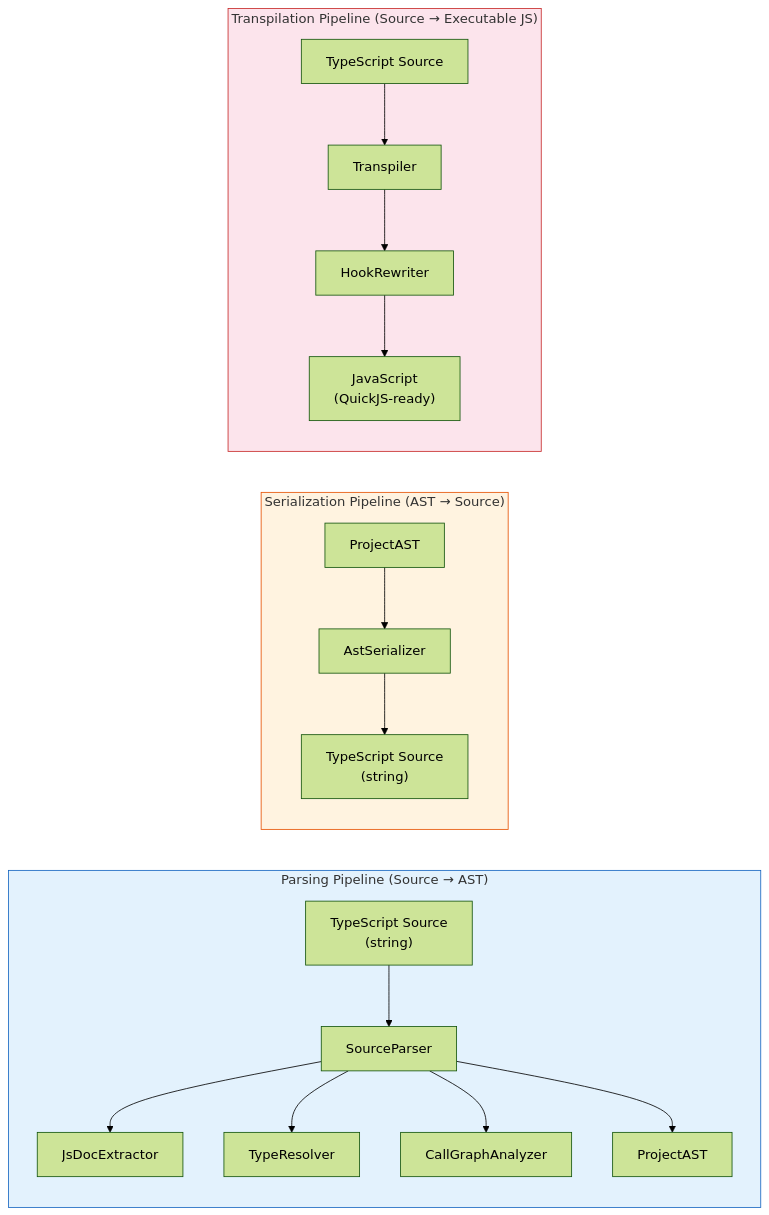
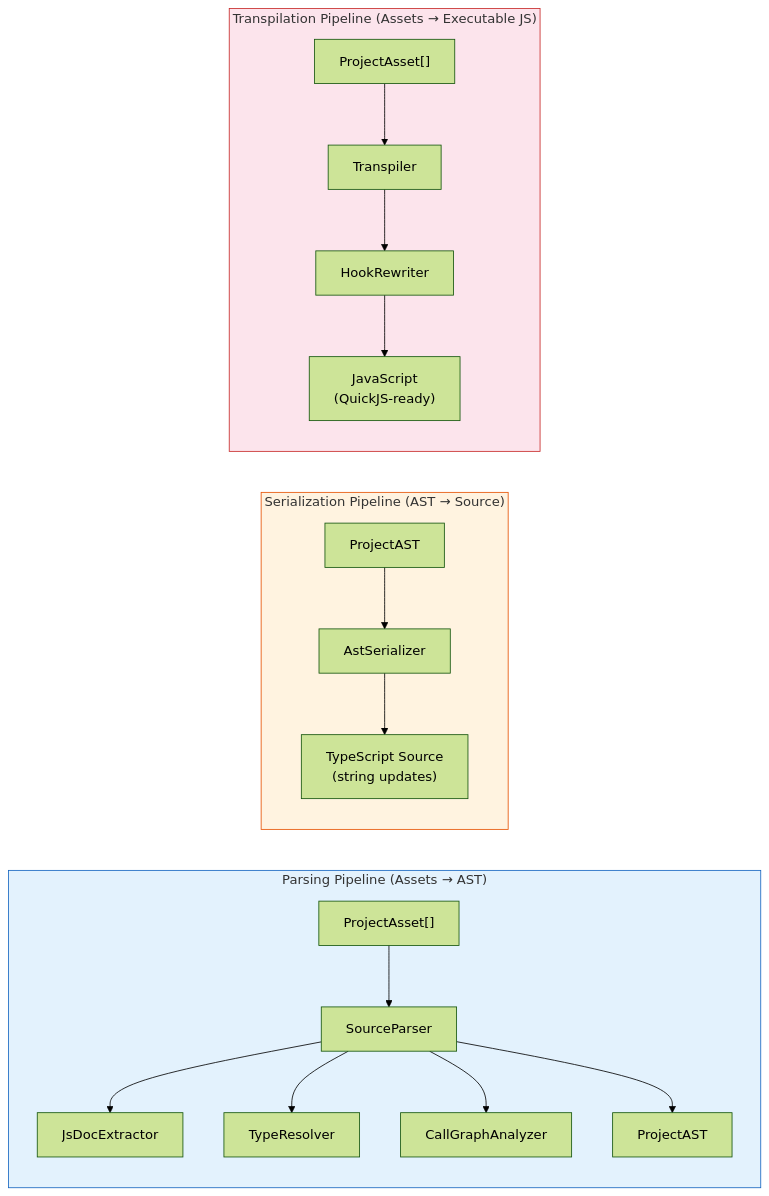
One commit to rimvydasb/open-modeler-ts changed the third of 5 diagrams in docs/03-AST-PARSING.md. Above: the diagram before and after it, drawn with Mermaid (forest theme). The commit also changed other lines of this file and 2 other files, not shown here.

Commit message:
refactor architecture documentation: update parsing and transpilation functions to handle ProjectAsset arrays and clarify multi-file project limitations

````diff
--- a/docs/03-AST-PARSING.md
+++ b/docs/03-AST-PARSING.md
@@ -704,39 +707,39 @@
 ```mermaid
 graph LR
-    subgraph ParsingPipeline["Parsing Pipeline (Source → AST)"]
+    subgraph ParsingPipeline["Parsing Pipeline (Assets → AST)"]
         direction TB
-        SRC["TypeScript Source<br/>(string)"]
+        SRC["ProjectAsset[]"]
         JDP["JsDocExtractor"]
         TR["TypeResolver"]
         CGA["CallGraphAnalyzer"]
         SP["SourceParser"]
         AST_OUT["ProjectAST"]
         SRC --> SP
         SP --> JDP
         SP --> TR
         SP --> CGA
         SP --> AST_OUT
     end
 
     subgraph SerializationPipeline["Serialization Pipeline (AST → Source)"]
         direction TB
         AST_IN["ProjectAST"]
         ASTSER["AstSerializer"]
-        SRC_OUT["TypeScript Source<br/>(string)"]
+        SRC_OUT["TypeScript Source<br/>(string updates)"]
         AST_IN --> ASTSER
         ASTSER --> SRC_OUT
     end
 
-    subgraph TranspilationPipeline["Transpilation Pipeline (Source → Executable JS)"]
+    subgraph TranspilationPipeline["Transpilation Pipeline (Assets → Executable JS)"]
         direction TB
-        TS_IN["TypeScript Source"]
+        TS_IN["ProjectAsset[]"]
         TRANS["Transpiler"]
         HOOK_RW["HookRewriter"]
         JS_OUT["JavaScript<br/>(QuickJS-ready)"]
         TS_IN --> TRANS --> HOOK_RW --> JS_OUT
     end
 
     style ParsingPipeline fill: #e3f2fd, stroke: #1565c0
     style SerializationPipeline fill: #fff3e0, stroke: #e65100
     style TranspilationPipeline fill: #fce4ec, stroke: #c62828
 ```
````
